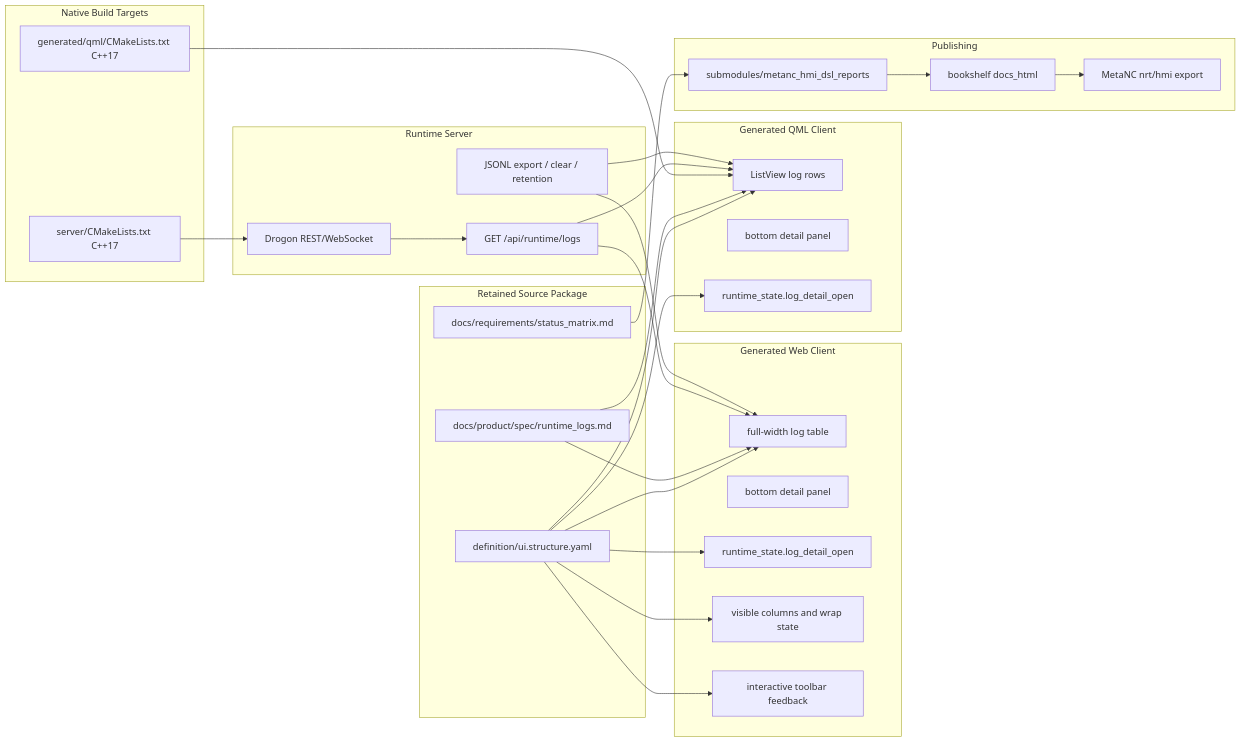
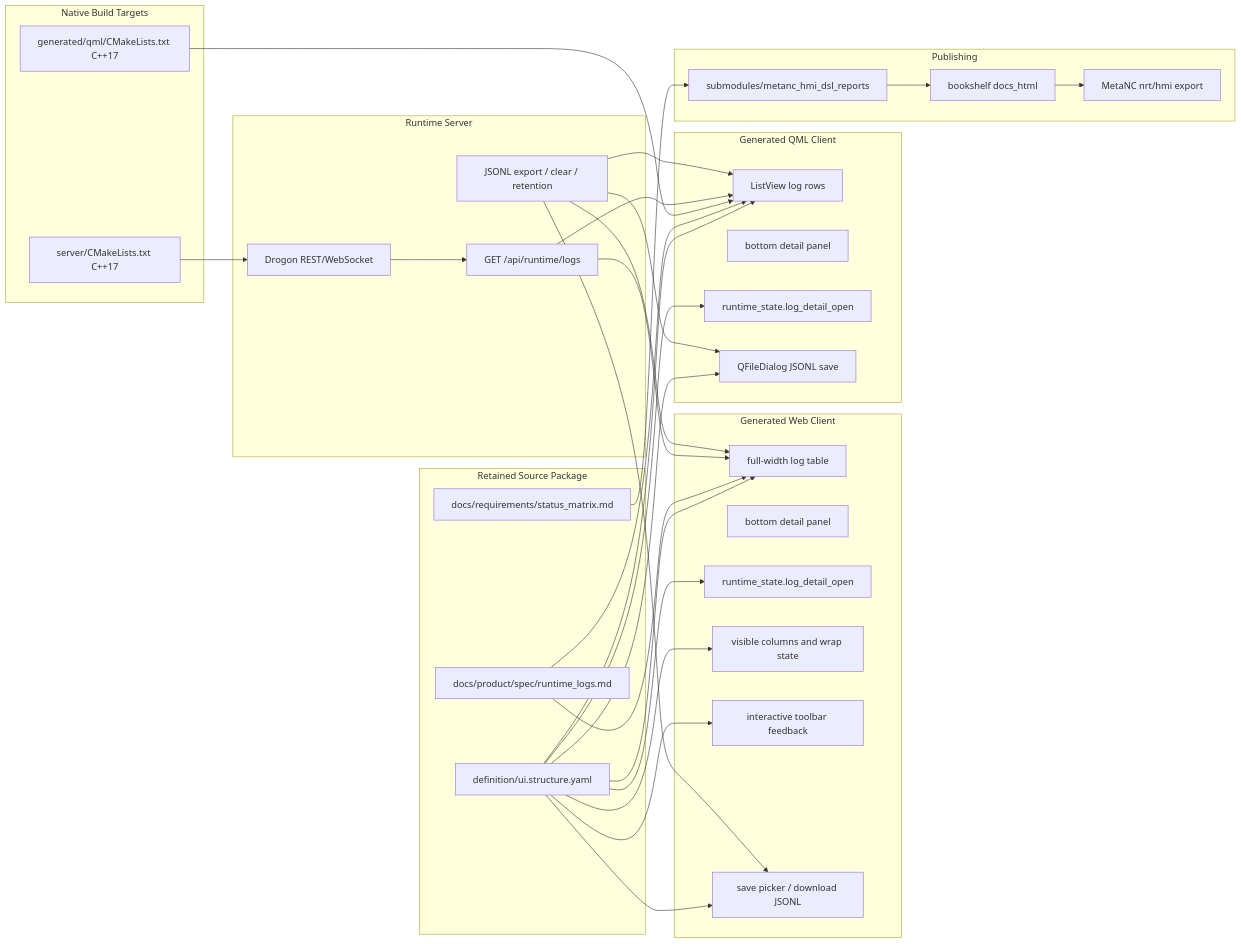
Before and after one commit to luppiterw/metanc_hmi_dsl_reports: the diagram in 2026-05-06-codex-session/architecture-diagram.md, drawn with Mermaid. The commit also changed other lines of this file and 16 other files, not shown here.

````diff
--- a/2026-05-06-codex-session/architecture-diagram.md
+++ b/2026-05-06-codex-session/architecture-diagram.md
@@ -3,58 +3,64 @@
 ```mermaid
 flowchart LR
     subgraph Source["Retained Source Package"]
         A[definition/ui.structure.yaml]
         B[docs/product/spec/runtime_logs.md]
         C[docs/requirements/status_matrix.md]
     end
 
     subgraph Build["Native Build Targets"]
         D[server/CMakeLists.txt C++17]
         E[generated/qml/CMakeLists.txt C++17]
     end
 
     subgraph Web["Generated Web Client"]
         F[full-width log table]
         G[bottom detail panel]
         H[runtime_state.log_detail_open]
         H1[visible columns and wrap state]
         H2[interactive toolbar feedback]
+        H3[save picker / download JSONL]
     end
 
     subgraph QML["Generated QML Client"]
         I[ListView log rows]
         J[bottom detail panel]
         K[runtime_state.log_detail_open]
+        K1[QFileDialog JSONL save]
     end
 
     subgraph Runtime["Runtime Server"]
         L[Drogon REST/WebSocket]
         M[GET /api/runtime/logs]
         N[JSONL export / clear / retention]
     end
 
     subgraph Docs["Publishing"]
         O[submodules/metanc_hmi_dsl_reports]
         P[bookshelf docs_html]
         Q[MetaNC nrt/hmi export]
     end
 
     A --> F
     A --> I
     A --> H
     A --> K
     A --> H1
     A --> H2
+    A --> H3
+    A --> K1
     B --> F
     B --> I
     C --> O
     D --> L
     E --> I
     L --> M
     M --> F
     M --> I
     N --> F
     N --> I
+    N --> H3
+    N --> K1
     O --> P
     P --> Q
 ```
````
